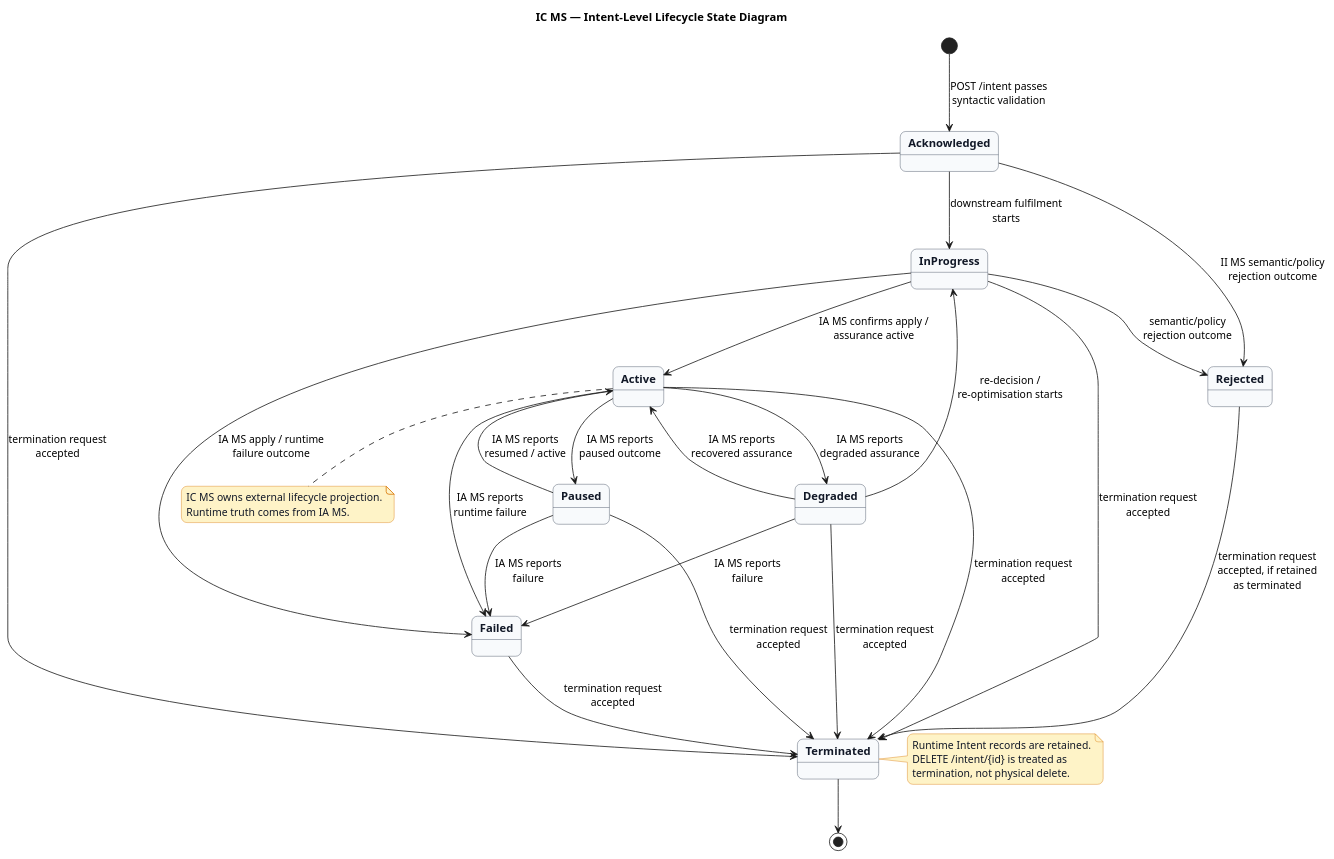
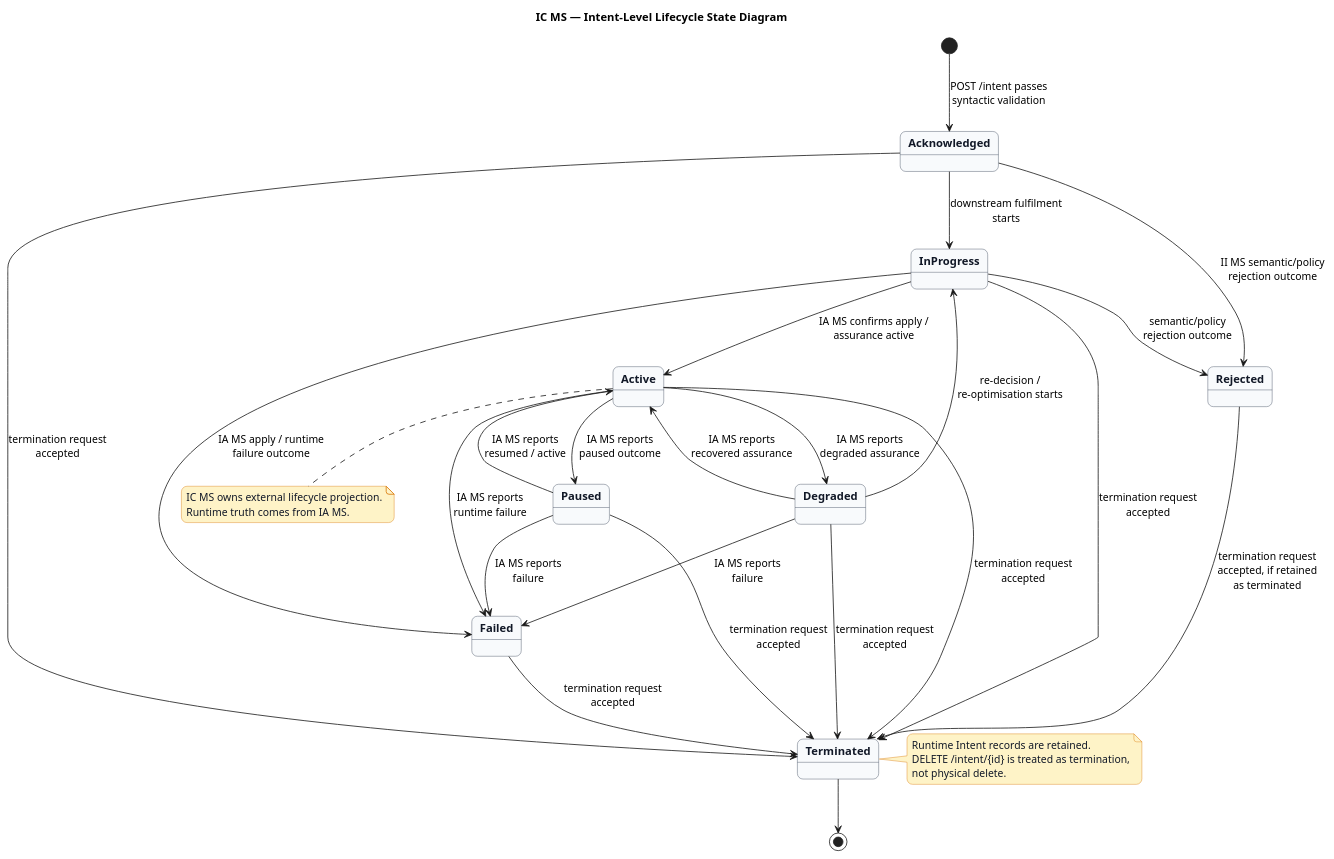
One commit to prageethw/im changed the first of 2 diagrams in baseline/intent/ic_ms_design_brief.md. Above: the diagram before and after it, drawn with PlantUML. The commit also changed other lines of this file, not shown here.

````diff
--- a/baseline/intent/ic_ms_design_brief.md
+++ b/baseline/intent/ic_ms_design_brief.md
@@ -641,63 +681,54 @@
 ```plantuml
 @startuml
 title IC MS — Intent-Level Lifecycle State Diagram
 
 skinparam backgroundColor #FFFFFF
 skinparam shadowing false
 skinparam roundcorner 14
 skinparam state {
   BackgroundColor #F8FAFC
   BorderColor #334155
   FontColor #111827
   FontStyle bold
 }
 skinparam note {
   BackgroundColor #FEF3C7
   BorderColor #D97706
   FontColor #111827
 }
 
 [*] --> Acknowledged : POST /intent passes\nsyntactic validation
-
 Acknowledged --> Rejected : II MS semantic/policy\nrejection outcome
 Acknowledged --> InProgress : downstream fulfilment\nstarts
-
 InProgress --> Rejected : semantic/policy\nrejection outcome
 InProgress --> Active : IA MS confirms apply /\nassurance active
 InProgress --> Failed : IA MS apply / runtime\nfailure outcome
-
 Active --> Degraded : IA MS reports\ndegraded assurance
 Degraded --> Active : IA MS reports\nrecovered assurance
 Degraded --> InProgress : re-decision /\nre-optimisation starts
-
 Active --> Paused : IA MS reports\npaused outcome
 Paused --> Active : IA MS reports\nresumed / active
 Paused --> Failed : IA MS reports\nfailure
-
 Active --> Failed : IA MS reports\nruntime failure
 Degraded --> Failed : IA MS reports\nfailure
-
 Acknowledged --> Terminated : termination request\naccepted
 InProgress --> Terminated : termination request\naccepted
 Active --> Terminated : termination request\naccepted
 Degraded --> Terminated : termination request\naccepted
 Paused --> Terminated : termination request\naccepted
 Failed --> Terminated : termination request\naccepted
 Rejected --> Terminated : termination request\naccepted, if retained\nas terminated
-
 Terminated --> [*]
 
 note right of Terminated
-  Runtime Intent records are retained.
-  DELETE /intent/{id} is treated as
-  termination, not physical delete.
+Runtime Intent records are retained.
+DELETE /intent/{id} is treated as termination,
+not physical delete.
 end note
 
 note bottom of Active
-  IC MS owns external lifecycle projection.
-  Runtime truth comes from IA MS.
+IC MS owns external lifecycle projection.
+Runtime truth comes from IA MS.
 end note
-
 @enduml
-
 ```
````
